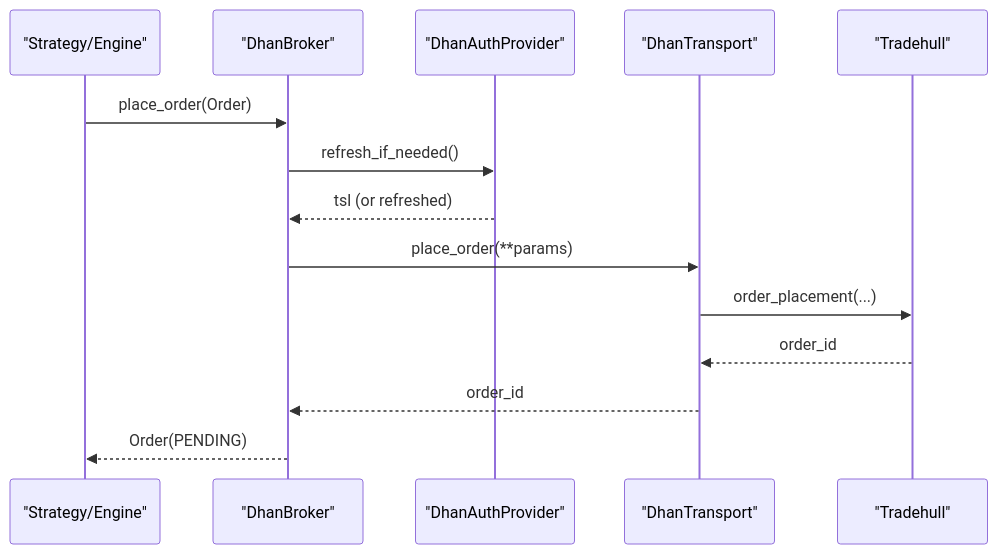
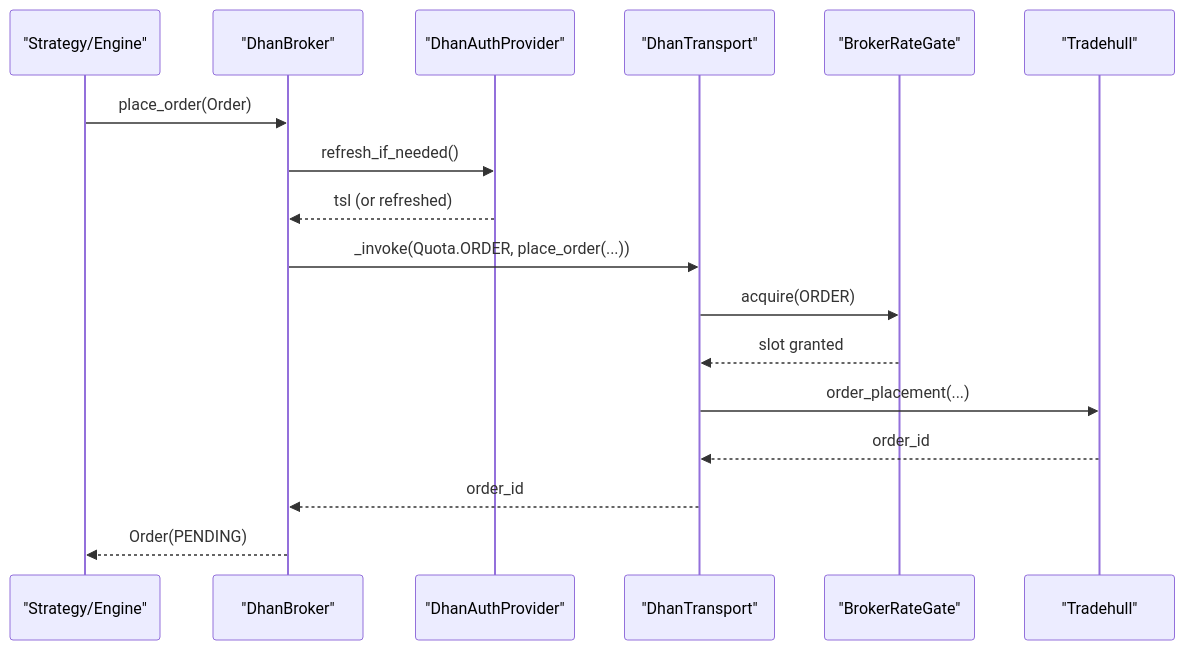
One commit to Ganesh-Kusundal/nTrade changed the fourth of 13 diagrams in .qoder/repowiki/en/content/Architecture Overview/Broker Abstraction Pattern/Broker Abstraction Pattern.md. Above: the diagram before and after it, drawn with Mermaid. The commit also changed other lines of this file and 2201 other files, not shown here.

Commit message:
Integrate completeness: live runner hardening, broker adapter layers, rate-limiting infrastructure, data pipeline (parquet OHLCV + ingestion scripts), contract testing framework, options analytics, and updated architecture/knowledge docs

````diff
--- a/.qoder/repowiki/en/content/Architecture Overview/Broker Abstraction Pattern/Broker Abstraction Pattern.md
+++ b/.qoder/repowiki/en/content/Architecture Overview/Broker Abstraction Pattern/Broker Abstraction Pattern.md
@@ -245,16 +294,19 @@
 ```mermaid
 sequenceDiagram
 participant Strat as "Strategy/Engine"
 participant Broker as "DhanBroker"
 participant Auth as "DhanAuthProvider"
 participant Trans as "DhanTransport"
+participant Gate as "BrokerRateGate"
 participant TSL as "Tradehull"
 Strat->>Broker : place_order(Order)
 Broker->>Auth : refresh_if_needed()
 Auth-->>Broker : tsl (or refreshed)
-Broker->>Trans : place_order(**params)
+Broker->>Trans : _invoke(Quota.ORDER, place_order(...))
+Trans->>Gate : acquire(ORDER)
+Gate-->>Trans : slot granted
 Trans->>TSL : order_placement(...)
 TSL-->>Trans : order_id
 Trans-->>Broker : order_id
 Broker-->>Strat : Order(PENDING)
 ```
````
